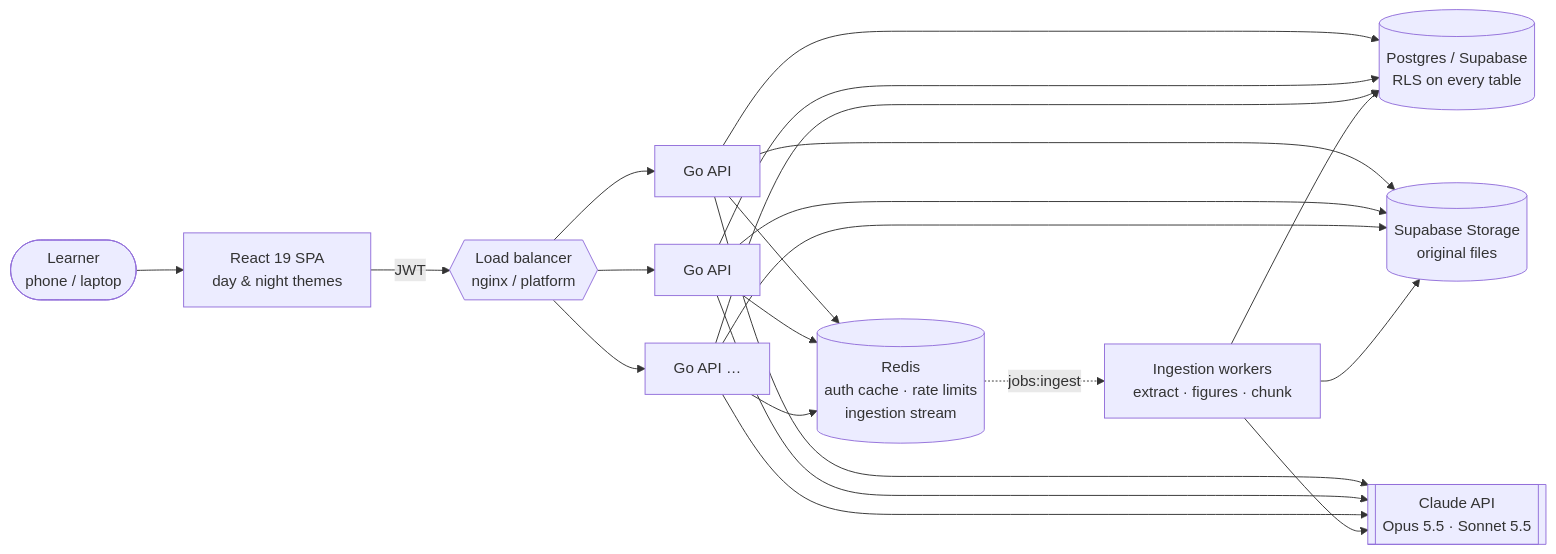
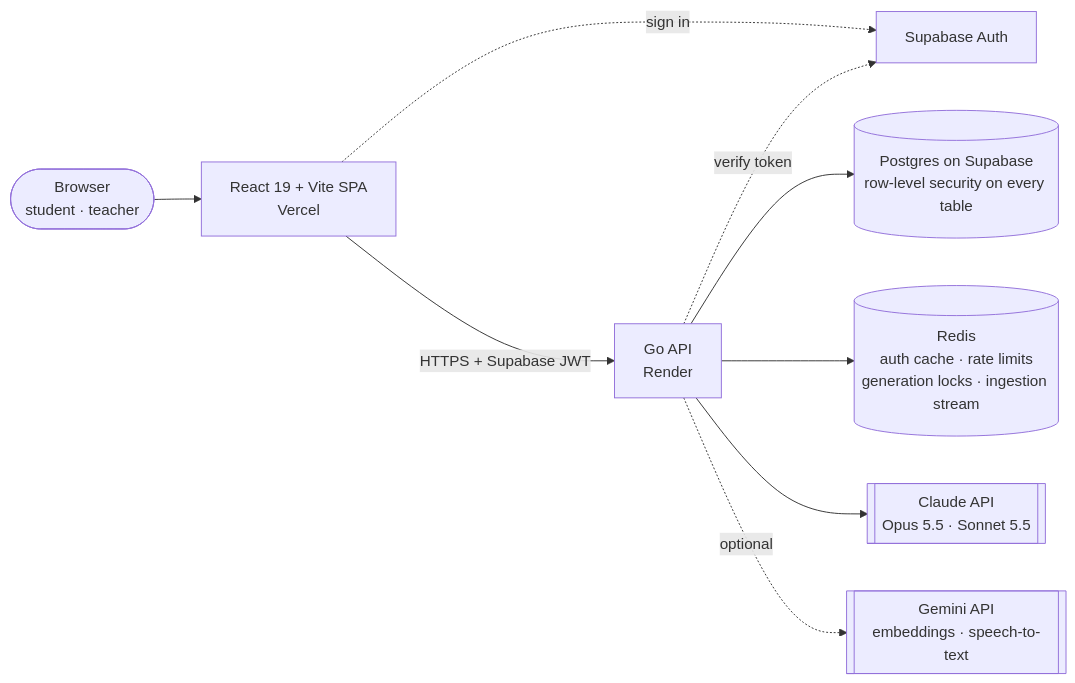
The diagram in README.md (shaunmortal/AI-Agent-Adigam-AI), drawn with Mermaid before and after one commit. The commit also changed other lines of this file, not shown here.

````diff
--- a/README.md
+++ b/README.md
@@ -76,14 +123,11 @@
 ```mermaid
 flowchart LR
-    U([Learner<br/>phone / laptop]) --> FE[React 19 SPA<br/>day & night themes]
-    FE -- JWT --> LB{{Load balancer<br/>nginx / platform}}
-    LB --> A1[Go API]
-    LB --> A2[Go API]
-    LB --> A3[Go API …]
-    A1 & A2 & A3 --> R[(Redis<br/>auth cache · rate limits<br/>ingestion stream)]
-    A1 & A2 & A3 --> PG[(Postgres / Supabase<br/>RLS on every table)]
-    A1 & A2 & A3 --> ST[(Supabase Storage<br/>original files)]
-    A1 & A2 & A3 --> CL[[Claude API<br/>Opus 5.5 · Sonnet 5.5]]
-    R -. jobs:ingest .-> W[Ingestion workers<br/>extract · figures · chunk]
-    W --> PG & ST & CL
+    U([Browser<br/>student · teacher]) --> FE[React 19 + Vite SPA<br/>Vercel]
+    FE -- "HTTPS + Supabase JWT" --> API[Go API<br/>Render]
+    FE -. sign in .-> AU[Supabase Auth]
+    API -. verify token .-> AU
+    API --> PG[(Postgres on Supabase<br/>row-level security on every table)]
+    API --> R[(Redis<br/>auth cache · rate limits<br/>generation locks · ingestion stream)]
+    API --> C[[Claude API<br/>Opus 5.5 · Sonnet 5.5]]
+    API -. optional .-> G[[Gemini API<br/>embeddings · speech-to-text]]
 ```
````
